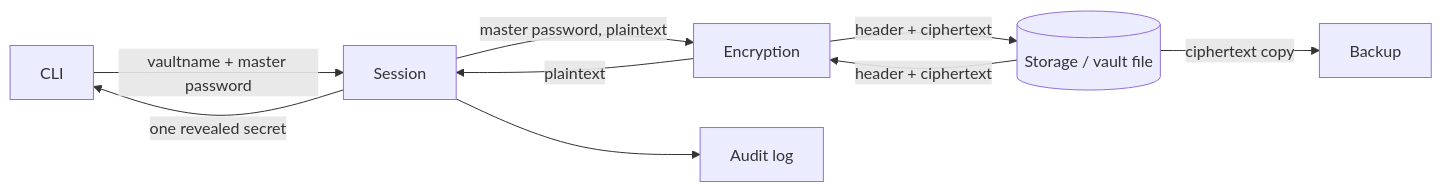
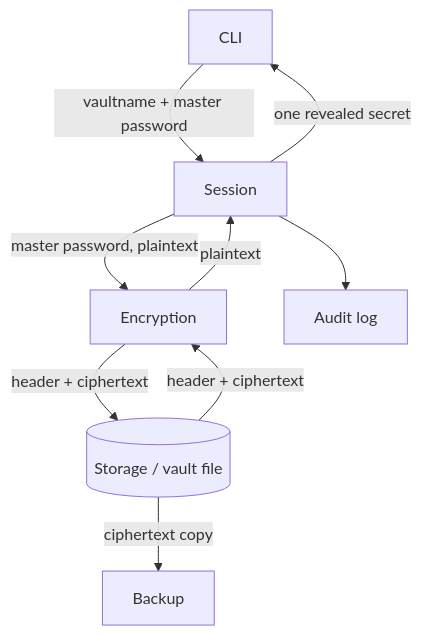
Before and after one commit to jevgeni-arefjev/secure-pass-manager: the diagram in ICS0022-report.md, drawn with Mermaid. The commit also changed 4 other files, not shown here.

````diff
--- a/ICS0022-report.md
+++ b/ICS0022-report.md
@@ -68,8 +68,8 @@
 ```mermaid
-flowchart LR
+flowchart TB
   CLI -->|vaultname + master password| SE[Session] -->|master password, plaintext| ENC[Encryption]
   ENC -->|plaintext| SE
   SE -->|one revealed secret| CLI
   ENC -->|header + ciphertext| ST[(Storage / vault file)] -->|header + ciphertext| ENC
   SE --> LOG[Audit log]; ST -->|ciphertext copy| BK[Backup]
 ```
````
